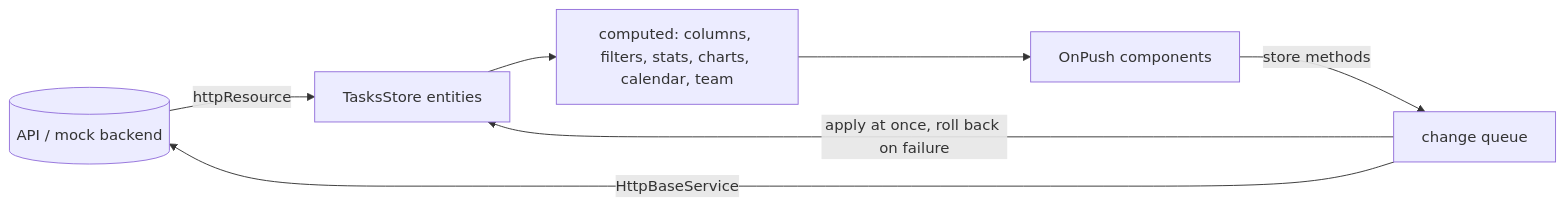
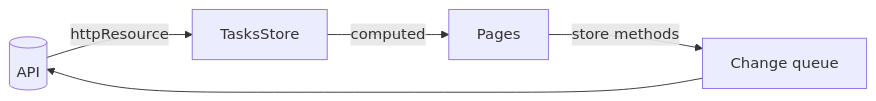
Before and after one commit to AbdulrhmanSamir3579/task-management-dashboard: the diagram in README.md, drawn with Mermaid. The commit also changed other lines of this file, not shown here.

````diff
--- a/README.md
+++ b/README.md
@@ -140,9 +69,7 @@
 ```mermaid
 flowchart LR
-  API[(API / mock backend)] -->|httpResource| Store[TasksStore entities]
-  Store --> Computed[computed: columns, filters, stats, charts, calendar, team]
-  Computed --> UI[OnPush components]
-  UI -->|store methods| Queue[change queue]
-  Queue -->|HttpBaseService| API
-  Queue -->|apply at once, roll back on failure| Store
+  API[(API)] -->|httpResource| Store[TasksStore]
+  Store -->|computed| UI[Pages]
+  UI -->|store methods| Queue[Change queue]
+  Queue --> API
 ```
````
